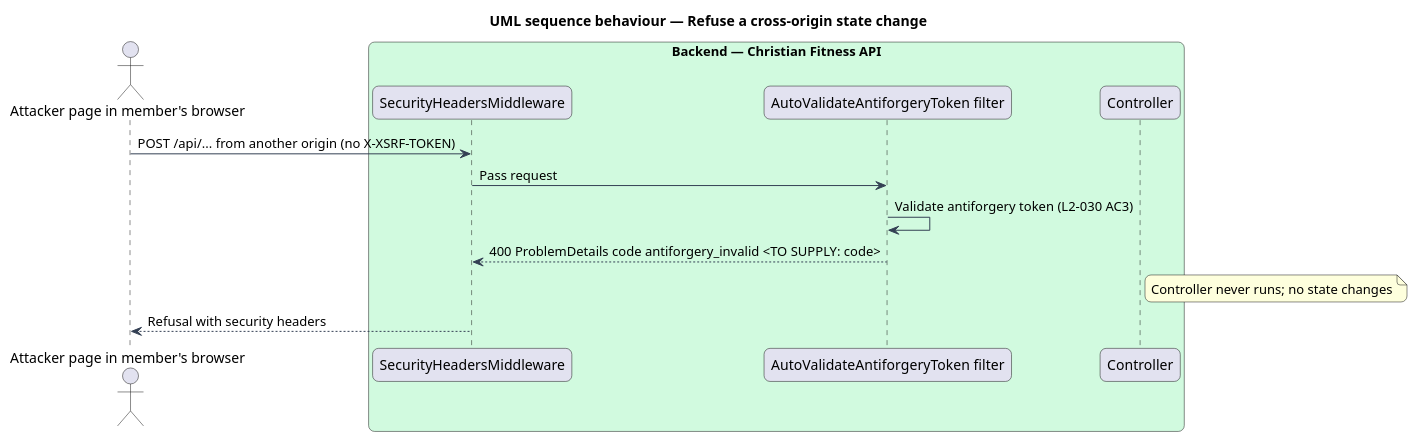
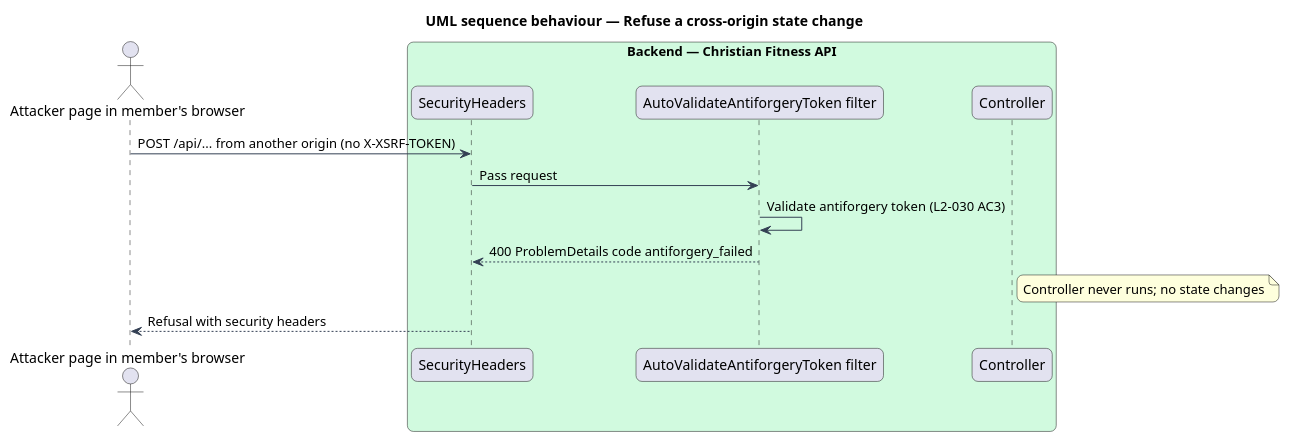
Before and after one commit to QuinntyneBrown/christian-fitness: the diagram in docs/detailed-designs/security/secure-sessions/diagrams/sequence-cross-origin-refused.puml, drawn with PlantUML. The commit also changed 193 other files, not shown here.

```diff
--- a/docs/detailed-designs/security/secure-sessions/diagrams/sequence-cross-origin-refused.puml
+++ b/docs/detailed-designs/security/secure-sessions/diagrams/sequence-cross-origin-refused.puml
@@ -1,29 +1,29 @@
 @startuml
 title UML sequence behaviour — Refuse a cross-origin state change
 skinparam backgroundColor #FFFFFF
 skinparam shadowing false
 skinparam roundcorner 12
 skinparam defaultFontName Arial
 skinparam ArrowColor #344054
 skinparam rectangle {
   BorderColor #344054
   FontColor #101828
 }
 skinparam package {
   BorderColor #667085
   FontColor #101828
   BackgroundColor #F9FAFB
 }
 actor "Attacker page in member's browser" as actor
 box "Backend — Christian Fitness API" #D1FADF
-  participant "SecurityHeadersMiddleware" as hdr
+  participant "SecurityHeaders" as hdr
   participant "AutoValidateAntiforgeryToken filter" as af
   participant "Controller" as ctrl
 end box
 actor -> hdr : POST /api/... from another origin (no X-XSRF-TOKEN)
 hdr -> af : Pass request
 af -> af : Validate antiforgery token (L2-030 AC3)
-af --> hdr : 400 ProblemDetails code antiforgery_invalid <TO SUPPLY: code>
+af --> hdr : 400 ProblemDetails code antiforgery_failed
 note right of ctrl : Controller never runs; no state changes
 hdr --> actor : Refusal with security headers
 @enduml
```
